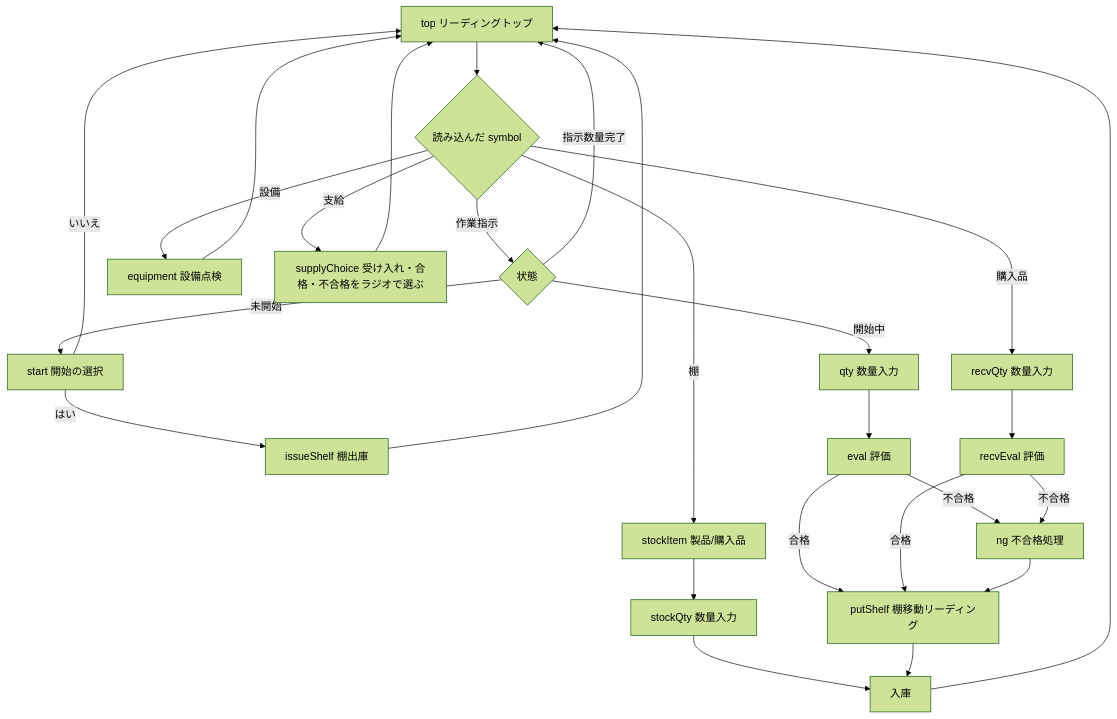
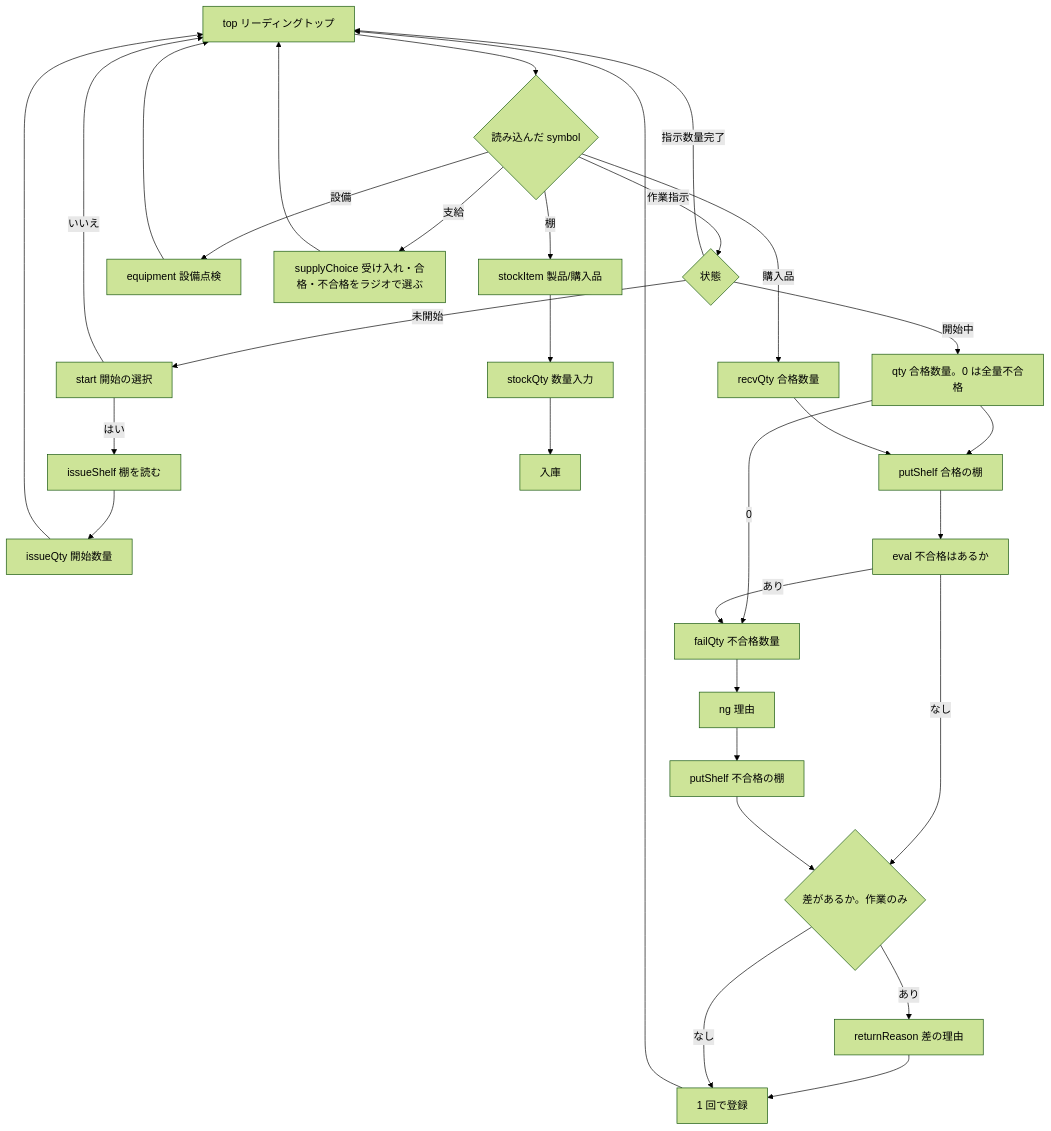
One commit to okpnet/flutter-pms changed the diagram in packages/features/barcode_entry/CLAUDE.md. Above: the diagram before and after it, drawn with Mermaid (forest theme). The commit also changed other lines of this file and 35 other files, not shown here.

Commit message:
バーコード: 開始(棚→数量)と終了・受入(合格・不合格・差を集めて 1 回)を DB 関数 1 回の呼び出しにする流れの作り直し、work_record_start をコンテナ指定可能に(PERO・06)(Issue 20261120_0001)

````diff
--- a/packages/features/barcode_entry/CLAUDE.md
+++ b/packages/features/barcode_entry/CLAUDE.md
@@ -11,19 +11,22 @@
 ```mermaid
 graph TD;
     A[top リーディングトップ] --> B{読み込んだ symbol};
     B -- 作業指示 --> F{状態};
     F -- 未開始 --> H[start 開始の選択];
-    H -- はい --> P[issueShelf 棚出庫] --> A;
+    H -- はい --> P[issueShelf 棚を読む] --> IQ[issueQty 開始数量] --> A;
     H -- いいえ --> A;
-    F -- 開始中 --> G[qty 数量入力] --> N[eval 評価];
+    F -- 開始中 --> G[qty 合格数量。0 は全量不合格] --> L[putShelf 合格の棚];
     F -- 指示数量完了 --> A;
-    B -- 棚 --> R[stockItem 製品/購入品] --> S[stockQty 数量入力] --> M[入庫];
-    B -- 購入品 --> E[recvQty 数量入力] --> I[recvEval 評価];
+    L --> N[eval 不合格はあるか];
+    G -- 0 --> FQ;
+    N -- なし --> R{差があるか。作業のみ};
+    N -- あり --> FQ[failQty 不合格数量] --> O[ng 理由] --> L2[putShelf 不合格の棚];
+    L2 --> R;
+    R -- あり --> RR[returnReason 差の理由] --> REG[1 回で登録];
+    R -- なし --> REG;
+    REG --> A;
+    B -- 棚 --> S[stockItem 製品/購入品] --> T[stockQty 数量入力] --> M[入庫];
+    B -- 購入品 --> E[recvQty 合格数量] --> L;
     B -- 設備 --> Q[equipment 設備点検] --> A;
     B -- 支給 --> U[supplyChoice 受け入れ・合格・不合格をラジオで選ぶ] --> A;
-    N -- 合格 --> L[putShelf 棚移動リーディング];
-    I -- 合格 --> L;
-    N -- 不合格 --> O[ng 不合格処理] --> L;
-    I -- 不合格 --> O;
-    L --> M --> A;
 ```
````
